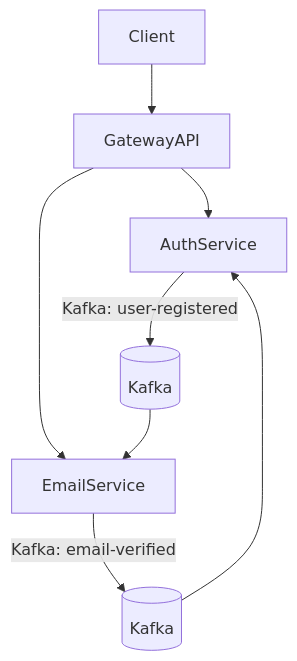
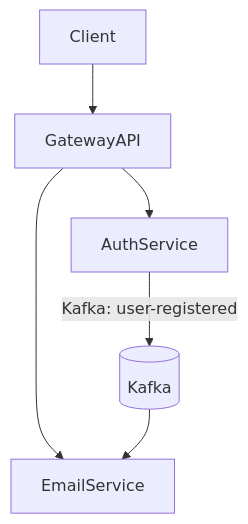
The diagram in README.md (buiphamanhthuandev/microservice-kafka), drawn with Mermaid before and after one commit.

````diff
--- a/README.md
+++ b/README.md
@@ -18,10 +18,9 @@
 ```mermaid
 graph TD
     Client --> G[GatewayAPI]
     G --> A[AuthService]
     G --> E[EmailService]
     A -->|Kafka: user-registered| K1[(Kafka)]
     K1 --> E[EmailService]
-    E -->|Kafka: email-verified| K2[(Kafka)]
-    K2 --> A
+
 ```
````
